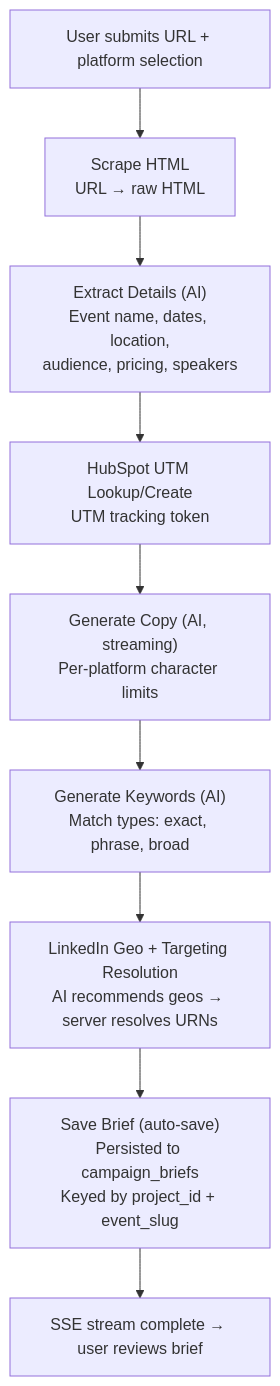
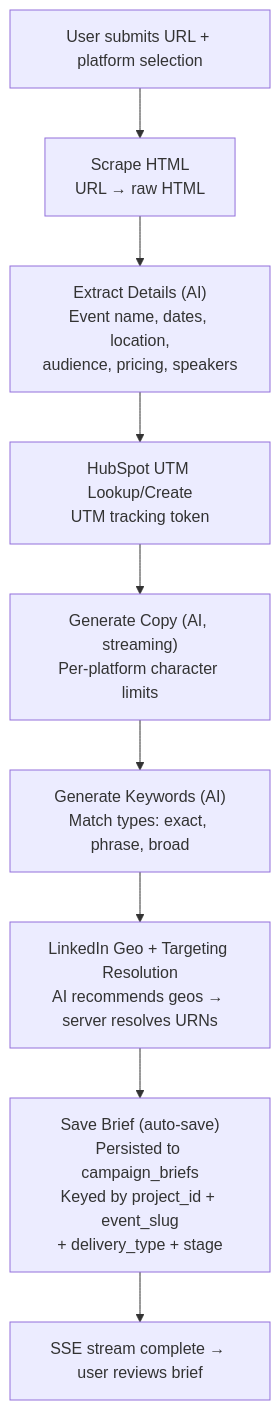
One commit to linuxfoundation/lfx-v2-campaign-service changed the third of 8 diagrams in docs/architecture.md. Above: the diagram before and after it, drawn with Mermaid. The commit also changed other lines of this file and 39 other files, not shown here.

First line of the commit message:
feat(brief): key a brief by delivery type and stage (#203)

````diff
--- a/docs/architecture.md
+++ b/docs/architecture.md
@@ -141,11 +141,11 @@
 ```mermaid
 flowchart TD
     submit["User submits URL + platform selection"] --> scrape["Scrape HTML\nURL → raw HTML"]
     scrape --> extract["Extract Details (AI)\nEvent name, dates, location,\naudience, pricing, speakers"]
     extract --> hubspot["HubSpot UTM Lookup/Create\nUTM tracking token"]
     hubspot --> copy["Generate Copy (AI, streaming)\nPer-platform character limits"]
     copy --> keywords["Generate Keywords (AI)\nMatch types: exact, phrase, broad"]
     keywords --> targeting["LinkedIn Geo + Targeting Resolution\nAI recommends geos → server resolves URNs"]
-    targeting --> save["Save Brief (auto-save)\nPersisted to campaign_briefs\nKeyed by project_id + event_slug"]
+    targeting --> save["Save Brief (auto-save)\nPersisted to campaign_briefs\nKeyed by project_id + event_slug\n+ delivery_type + stage"]
     save --> done["SSE stream complete → user reviews brief"]
 ```
````
